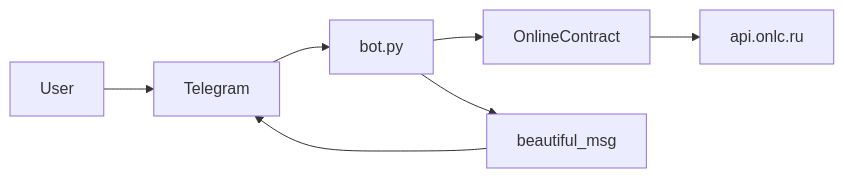
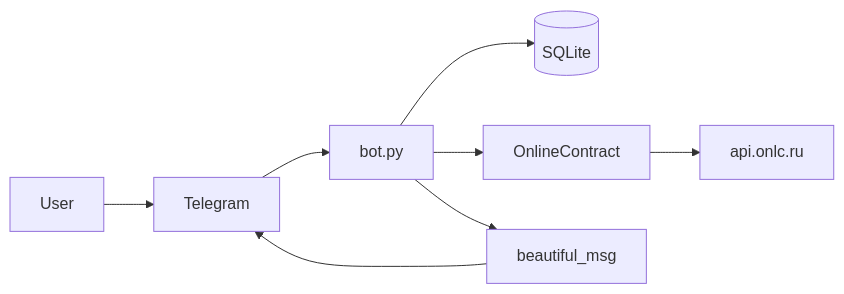
The diagram in docs/architecture.md (lifefucky/test_tg_bot), drawn with Mermaid before and after one commit. The commit also changed other lines of this file and 32 other files, not shown here.

````diff
--- a/docs/architecture.md
+++ b/docs/architecture.md
@@ -30,9 +32,10 @@
 ```mermaid
 flowchart LR
   user[User] --> tg[Telegram]
   tg --> bot[bot.py]
+  bot --> db[(SQLite)]
   bot --> oc[OnlineContract]
   oc --> api["api.onlc.ru"]
   bot --> fmt[beautiful_msg]
   fmt --> tg
 ```
````
